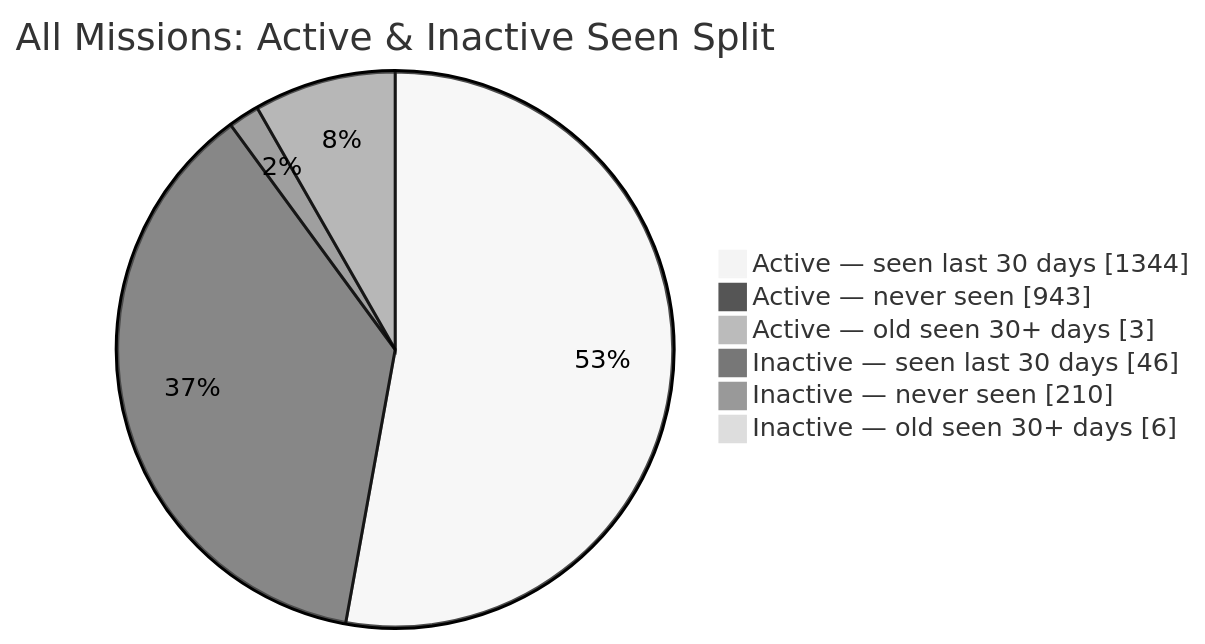
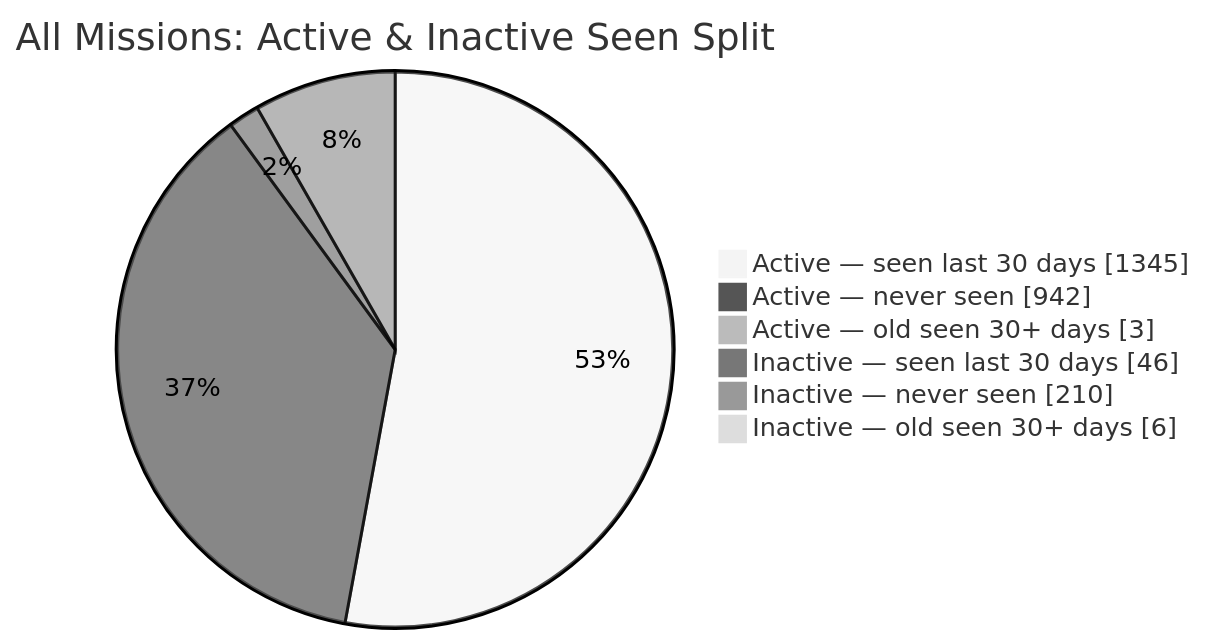
Before and after one commit to MeldkamerspelGameTeam/active-missions: the second of 2 diagrams in README.md, drawn with Mermaid (neutral theme). The commit also changed other lines of this file and 2 other files, not shown here.

````diff
--- a/README.md
+++ b/README.md
@@ -44,10 +44,10 @@
 ```mermaid
 pie showData
     title All Missions: Active & Inactive Seen Split
-    "Active — seen last 30 days" : 1344
-    "Active — never seen" : 943
+    "Active — seen last 30 days" : 1345
+    "Active — never seen" : 942
     "Active — old seen 30+ days" : 3
     "Inactive — seen last 30 days" : 46
     "Inactive — never seen" : 210
     "Inactive — old seen 30+ days" : 6
 ```
````
